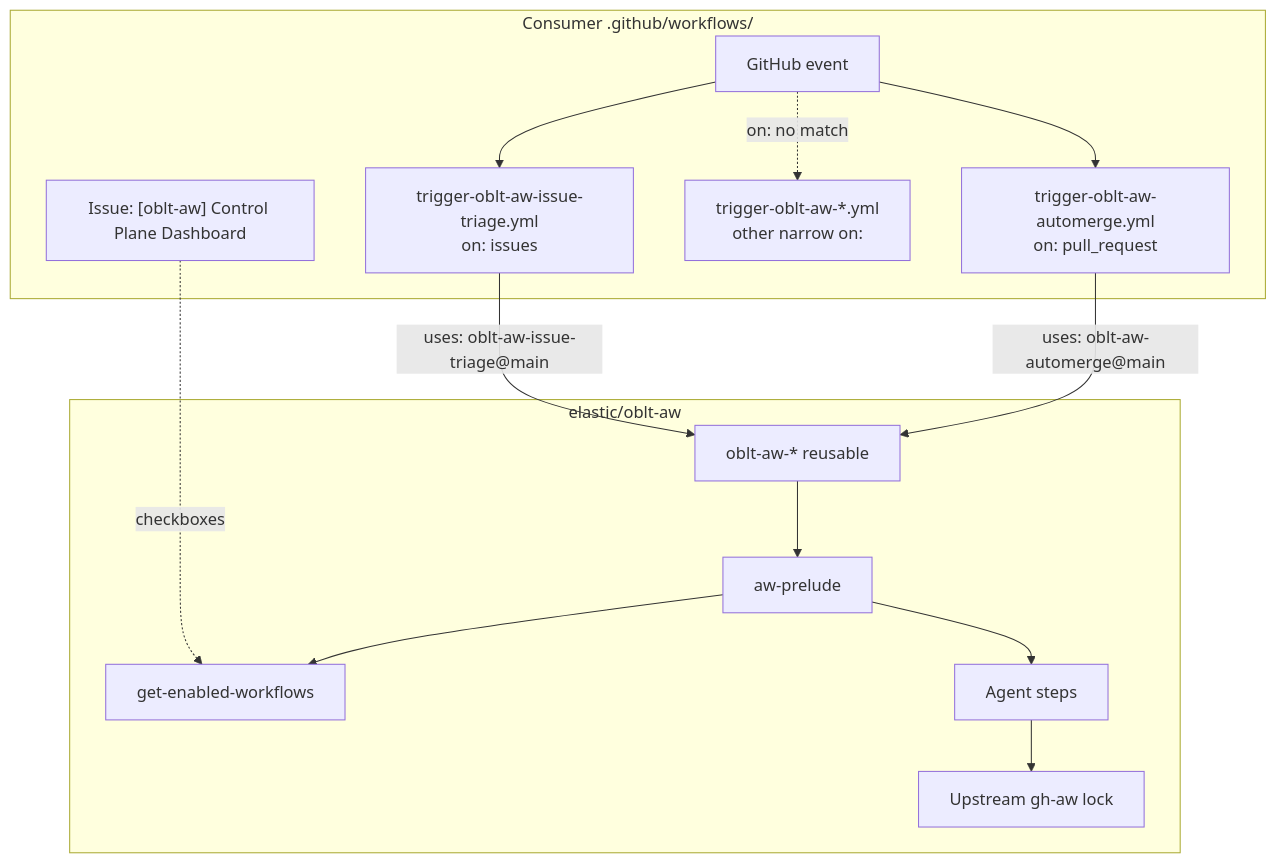
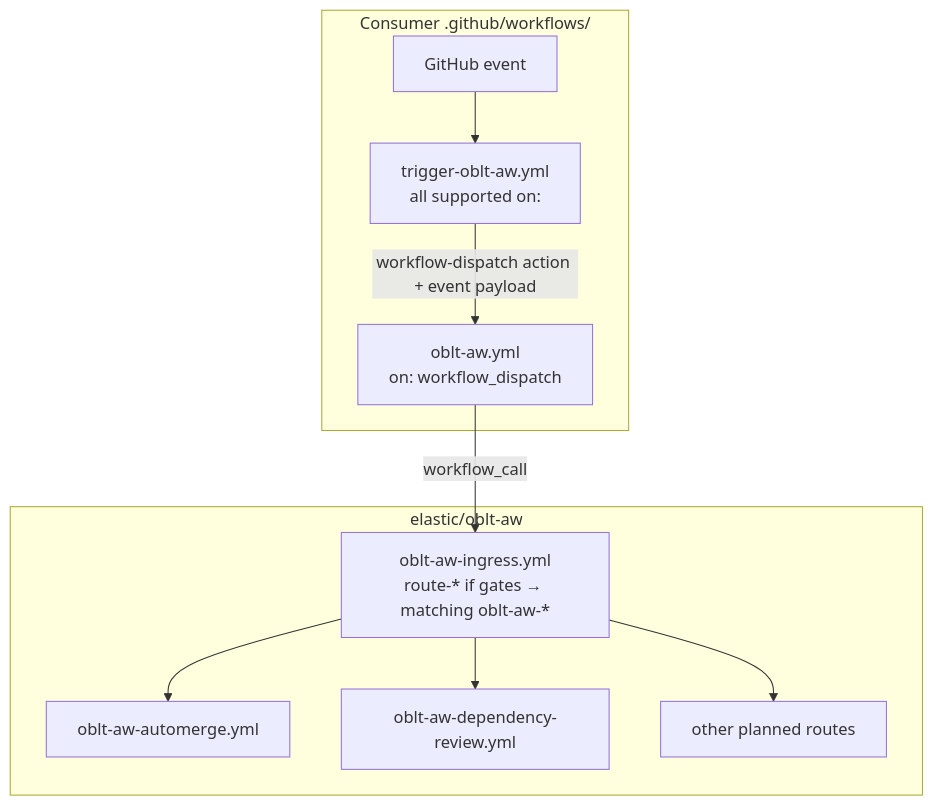
The diagram in docs/workflows/oblt-aw-client-template.md (elastic/oblt-aw), drawn with Mermaid before and after one commit. The commit also changed other lines of this file and 68 other files, not shown here.

First line of the commit message:
feat(workflows): add ingress dynamic routing for obs and docs

````diff
--- a/docs/workflows/oblt-aw-client-template.md
+++ b/docs/workflows/oblt-aw-client-template.md
@@ -21,27 +18,18 @@
 ```mermaid
 flowchart TB
   subgraph Consumer["Consumer .github/workflows/"]
     EVT["GitHub event"]
-    C_AUTO["trigger-oblt-aw-automerge.yml\non: pull_request"]
-    C_TRI["trigger-oblt-aw-issue-triage.yml\non: issues"]
-    C_OTHER["trigger-oblt-aw-*.yml\nother narrow on:"]
-    DASH["Issue: [oblt-aw] Control Plane Dashboard"]
-    EVT --> C_AUTO
-    EVT --> C_TRI
-    EVT -.->|on: no match| C_OTHER
+    TRG["trigger-oblt-aw.yml\nall supported on:"]
+    AW["oblt-aw.yml\non: workflow_dispatch"]
+    EVT --> TRG
+    TRG -->|"workflow-dispatch action + event payload"| AW
   end
 
   subgraph OBLT["elastic/oblt-aw"]
-    R["oblt-aw-* reusable"]
-    PRE["aw-prelude"]
-    GET["get-enabled-workflows"]
-    AG["Agent steps"]
-    LOCK["Upstream gh-aw lock"]
-    R --> PRE --> GET
-    PRE --> AG --> LOCK
+    ING["oblt-aw-ingress.yml\nroute-* if gates → matching oblt-aw-*"]
+    AW -->|workflow_call| ING
+    ING --> R1["oblt-aw-automerge.yml"]
+    ING --> R2["oblt-aw-dependency-review.yml"]
+    ING --> R3["other planned routes"]
   end
-
-  DASH -.->|checkboxes| GET
-  C_AUTO -->|uses: oblt-aw-automerge@main| R
-  C_TRI -->|uses: oblt-aw-issue-triage@main| R
 ```
````
